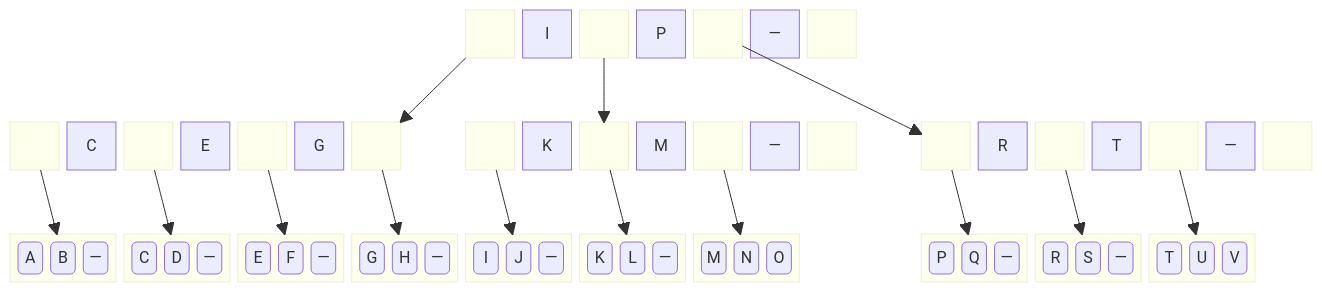
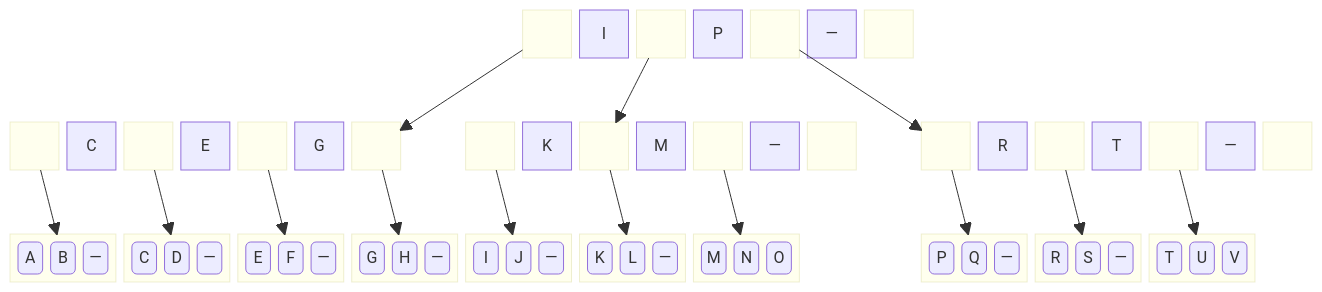
The ninth of 9 diagrams in Assuntos/busca-ext.md (BenhurUFSM/pod26b), drawn with Mermaid before and after one commit.

````diff
--- a/Assuntos/busca-ext.md
+++ b/Assuntos/busca-ext.md
@@ -169,42 +169,42 @@
 ```mermaid
 block
   columns 23
-  space:8
+  space:9
   block:rl1 space end ra["I"] block:rl2 space end rb["P"] block:rl3 space end rc["—"] block:rl4 space end
-  space:8
+  space:7
   space:23
 
   block:i1l1 space end i1a["C"] block:i1l2 space end i1b["E"] block:i1l3 space end i1c["G"] block:i1l4 space end
   space
   block:i2l1 space end i2a["K"] block:i2l2 space end i2b["M"] block:i2l3 space end i2c["—"] block:i2l4 space end
   space
   block:i3l1 space end i3a["R"] block:i3l2 space end i3b["T"] block:i3l3 space end i3c["—"] block:i3l4 space end
   space:23
 
   block:f1:2 f1a("A") f1b("B") f1c("—") end
   block:f7:2 f7a("C") f7b("D") f7c("—") end
   block:f5:2 f5a("E") f5b("F") f5c("—") end
   block:f3:2 f3a("G") f3b("H") f3c("—") end
   block:f6:2 f6a("I") f6b("J") f6c("—") end
   block:f4:2 f4a("K") f4b("L") f4c("—") end
   block:f8:2 f8a("M") f8b("N") f8c("O") end
   space:2
   block:f2:2 f2a("P") f2b("Q") f2c("—") end
   block:fa:2 faa("R") fab("S") fac("—") end
   block:f9:2 f9a("T") f9b("U") f9c("V") end
   space:1
 
   rl1-->i1l4
   rl2-->i2l2
   rl3-->i3l1
   i1l1-->f1
   i1l2-->f7
   i1l3-->f5
   i1l4-->f3
   i2l1-->f6
   i2l2-->f4
   i2l3-->f8
   i3l1-->f2
   i3l2-->fa
   i3l3-->f9
 ```
````
